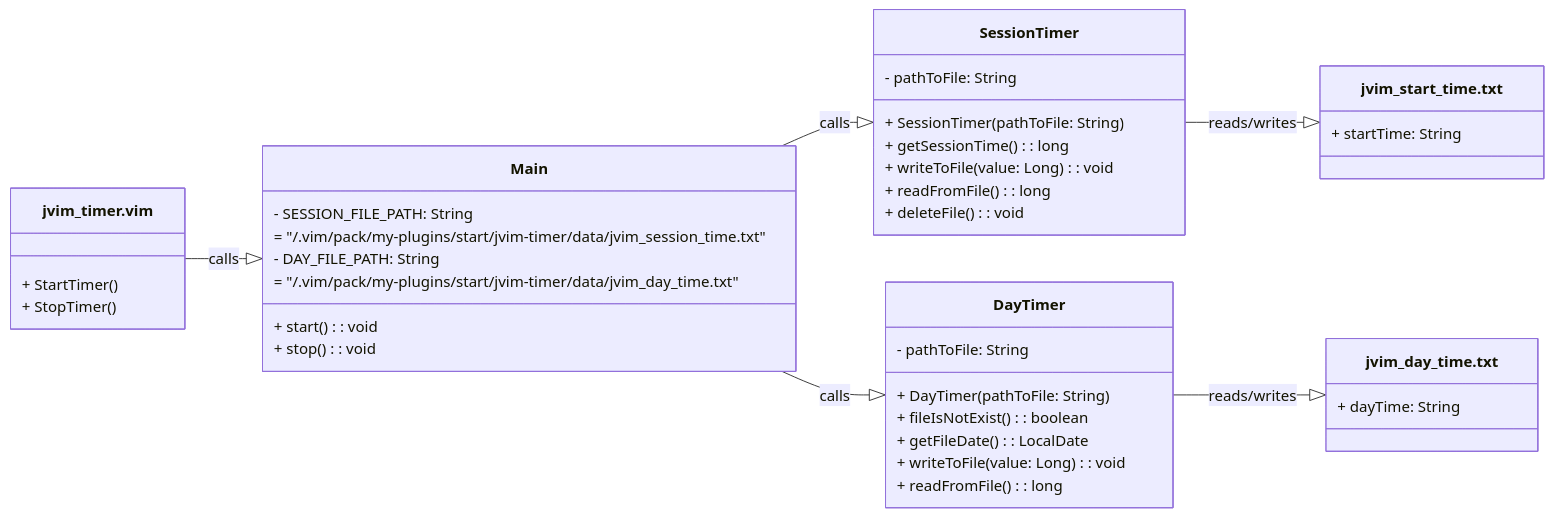
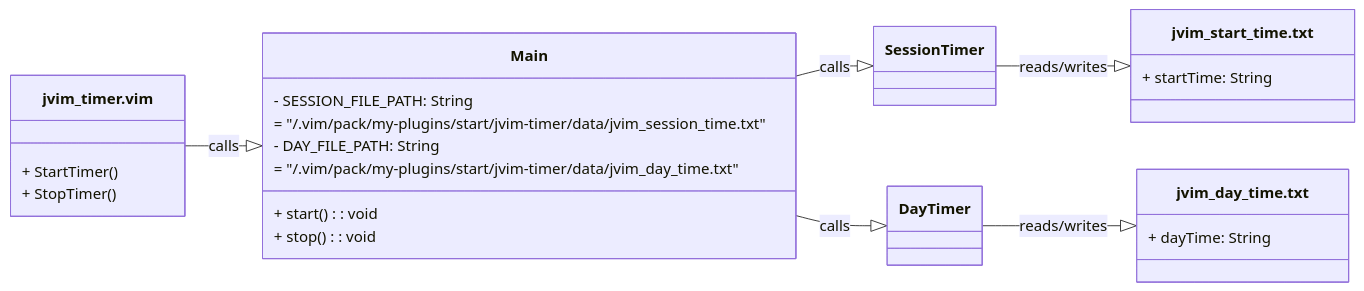
One commit to AlexandrAnatoliev/jvim-plugins changed the second of 4 diagrams in jvim-timer/README.md. Above: the diagram before and after it, drawn with Mermaid. The commit also changed other lines of this file, not shown here.

First line of the commit message:
docs(jvim-timer): update README file

````diff
--- a/jvim-timer/README.md
+++ b/jvim-timer/README.md
@@ -132,50 +163,38 @@
 ```mermaid
 classDiagram
   direction LR
   
   class jvim_timer.vim {
     + StartTimer()
     + StopTimer()
   }
 
   class Main {
     - SESSION_FILE_PATH: String 
       = "/.vim/pack/my-plugins/start/jvim-timer/data/jvim_session_time.txt"
     - DAY_FILE_PATH: String 
       = "/.vim/pack/my-plugins/start/jvim-timer/data/jvim_day_time.txt"
     + start(): void
     + stop(): void
   }
 
   class SessionTimer {
-    - pathToFile: String
-    + SessionTimer(pathToFile: String)
-    + getSessionTime(): long
-    + writeToFile(value: Long): void
-    + readFromFile(): long
-    + deleteFile(): void
   }
 
   class DayTimer {
-    - pathToFile: String
-    + DayTimer(pathToFile: String)
-    + fileIsNotExist(): boolean
-    + getFileDate(): LocalDate
-    + writeToFile(value: Long): void
-    + readFromFile(): long
   }
 
   class jvim_start_time.txt {
     + startTime: String 
   }
 
   class jvim_day_time.txt {
     + dayTime: String
   }
 
   jvim_timer.vim --|> Main : calls
   Main --|> SessionTimer : calls
   Main --|> DayTimer : calls
   SessionTimer --|> jvim_start_time.txt : reads/writes
   DayTimer --|> jvim_day_time.txt : reads/writes
 ```
````
